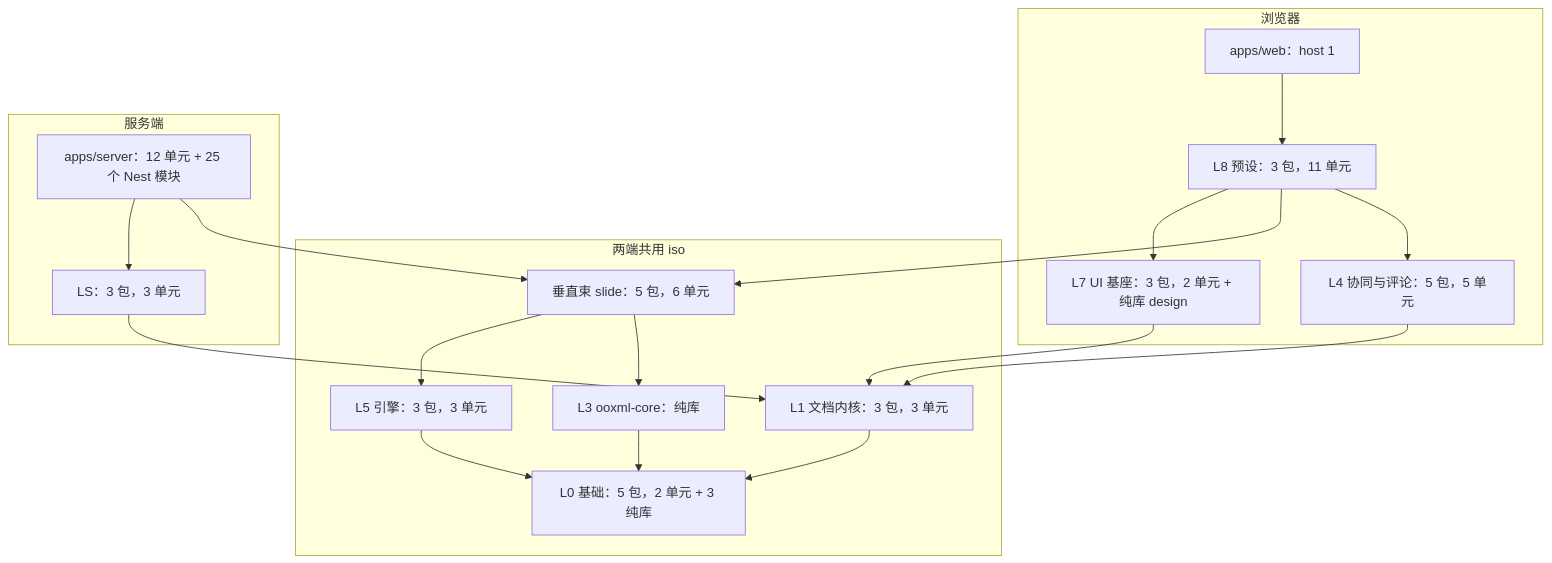
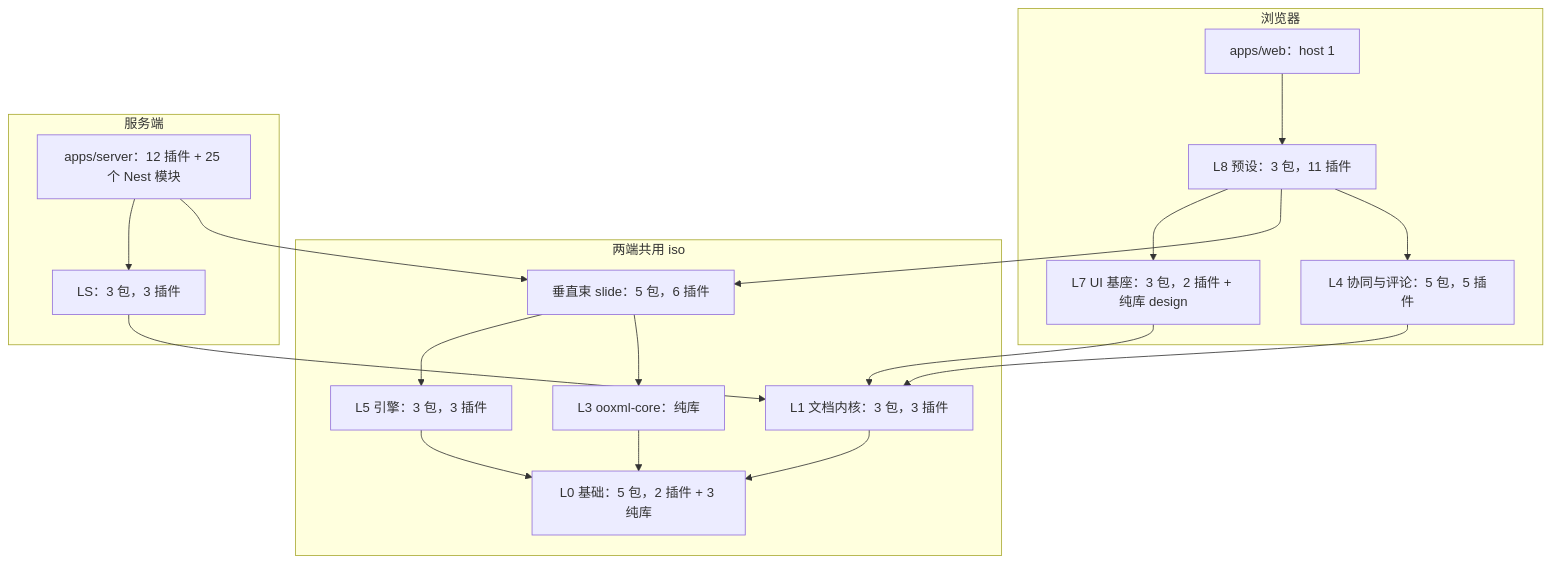
Before and after one commit to Xeonice/cordis-ppt-editor: the eighth of 21 diagrams in docs/30-architecture/01-overview.md, drawn with Mermaid. The commit also changed other lines of this file and 15 other files, not shown here.

````diff
--- a/docs/30-architecture/01-overview.md
+++ b/docs/30-architecture/01-overview.md
@@ -331,34 +332,34 @@
 ```mermaid
 flowchart TB
   subgraph browser["浏览器"]
-    l8["L8 预设：3 包，11 单元"]
+    l8["L8 预设：3 包，11 插件"]
     web["apps/web：host 1"]
-    l7["L7 UI 基座：3 包，2 单元 + 纯库 design"]
-    l4["L4 协同与评论：5 包，5 单元"]
+    l7["L7 UI 基座：3 包，2 插件 + 纯库 design"]
+    l4["L4 协同与评论：5 包，5 插件"]
   end
   subgraph shared["两端共用 iso"]
-    vslide["垂直束 slide：5 包，6 单元"]
-    l5["L5 引擎：3 包，3 单元"]
+    vslide["垂直束 slide：5 包，6 插件"]
+    l5["L5 引擎：3 包，3 插件"]
     l3["L3 ooxml-core：纯库"]
-    l1["L1 文档内核：3 包，3 单元"]
-    l0["L0 基础：5 包，2 单元 + 3 纯库"]
+    l1["L1 文档内核：3 包，3 插件"]
+    l0["L0 基础：5 包，2 插件 + 3 纯库"]
   end
   subgraph server["服务端"]
-    ls["LS：3 包，3 单元"]
-    srv["apps/server：12 单元 + 25 个 Nest 模块"]
+    ls["LS：3 包，3 插件"]
+    srv["apps/server：12 插件 + 25 个 Nest 模块"]
   end
   web --> l8
   l8 --> l7
   l8 --> vslide
   l8 --> l4
   l7 --> l1
   l4 --> l1
   vslide --> l5
   vslide --> l3
   l5 --> l0
   l3 --> l0
   l1 --> l0
   srv --> ls
   srv --> vslide
   ls --> l1
 ```
````
